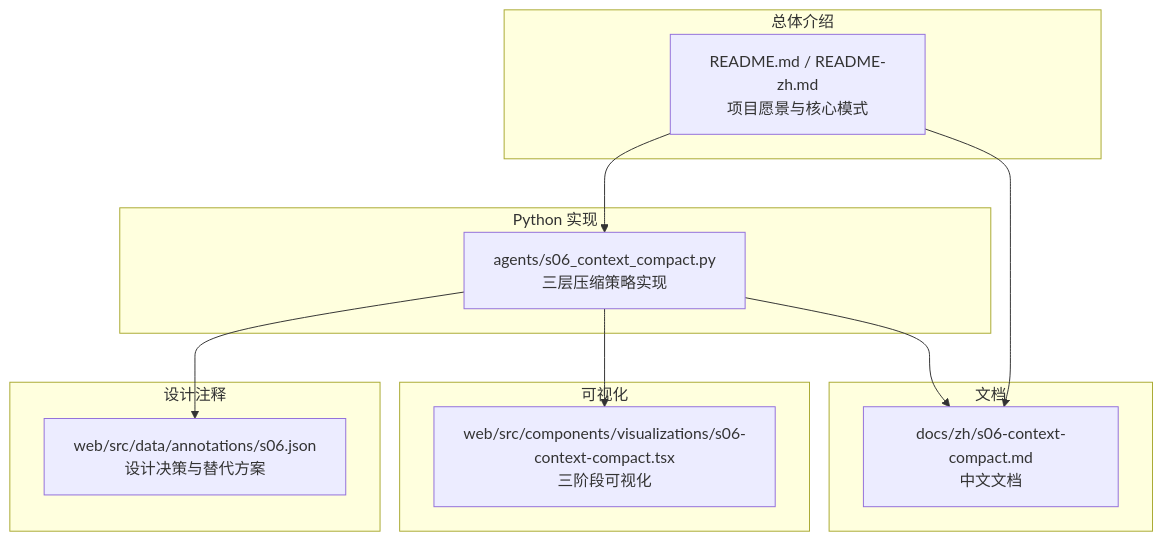
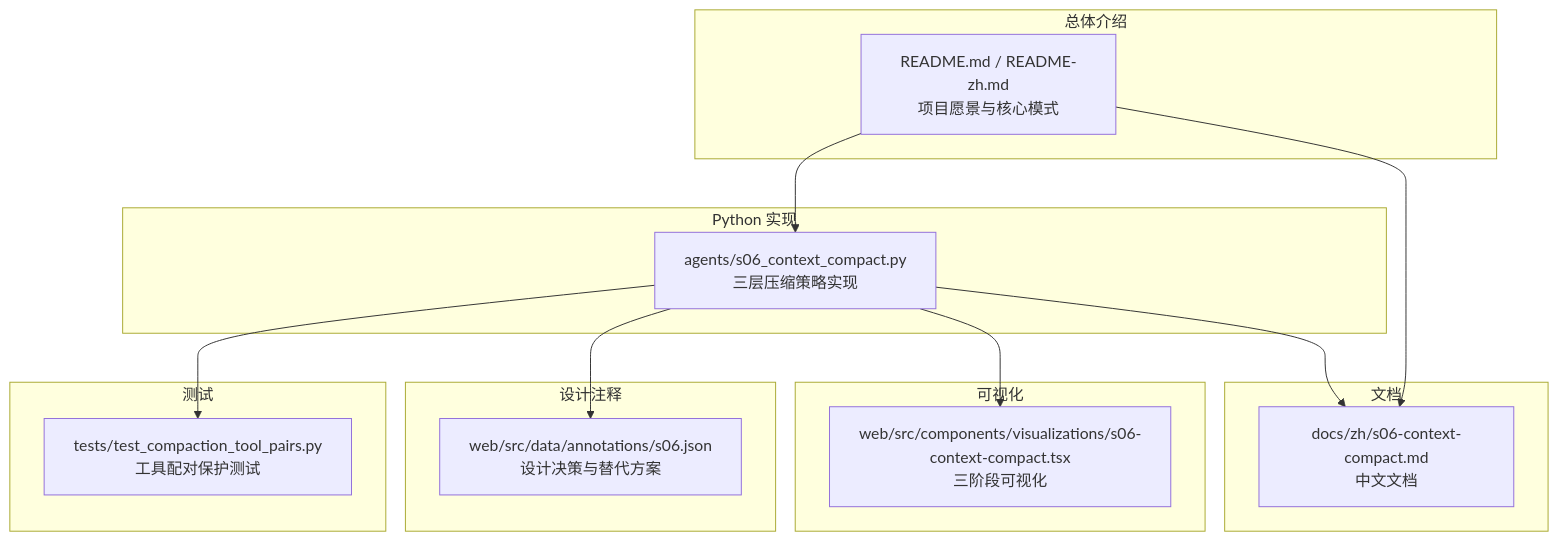
Before and after one commit to haolange/learn-claude-code: the first of 6 diagrams in .qoder/repowiki/zh/content/规划与知识管理/上下文压缩机制.md, drawn with Mermaid. The commit also changed other lines of this file and 6 other files, not shown here.

````diff
--- a/.qoder/repowiki/zh/content/规划与知识管理/上下文压缩机制.md
+++ b/.qoder/repowiki/zh/content/规划与知识管理/上下文压缩机制.md
@@ -35,23 +37,27 @@
 ```mermaid
 graph TB
 subgraph "Python 实现"
 A["agents/s06_context_compact.py<br/>三层压缩策略实现"]
 end
 subgraph "文档"
 B["docs/zh/s06-context-compact.md<br/>中文文档"]
 end
 subgraph "可视化"
 C["web/src/components/visualizations/s06-context-compact.tsx<br/>三阶段可视化"]
 end
 subgraph "设计注释"
 D["web/src/data/annotations/s06.json<br/>设计决策与替代方案"]
 end
+subgraph "测试"
+E["tests/test_compaction_tool_pairs.py<br/>工具配对保护测试"]
+end
 subgraph "总体介绍"
-E["README.md / README-zh.md<br/>项目愿景与核心模式"]
+F["README.md / README-zh.md<br/>项目愿景与核心模式"]
 end
 A --> B
 A --> C
 A --> D
-E --> A
-E --> B
+A --> E
+F --> A
+F --> B
 ```
````
